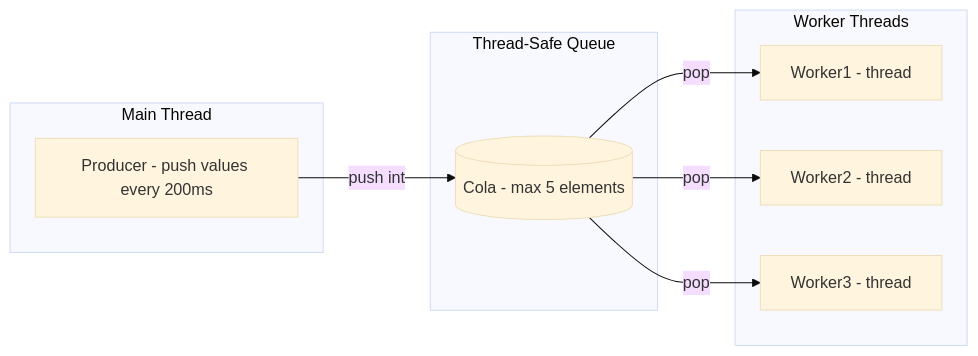
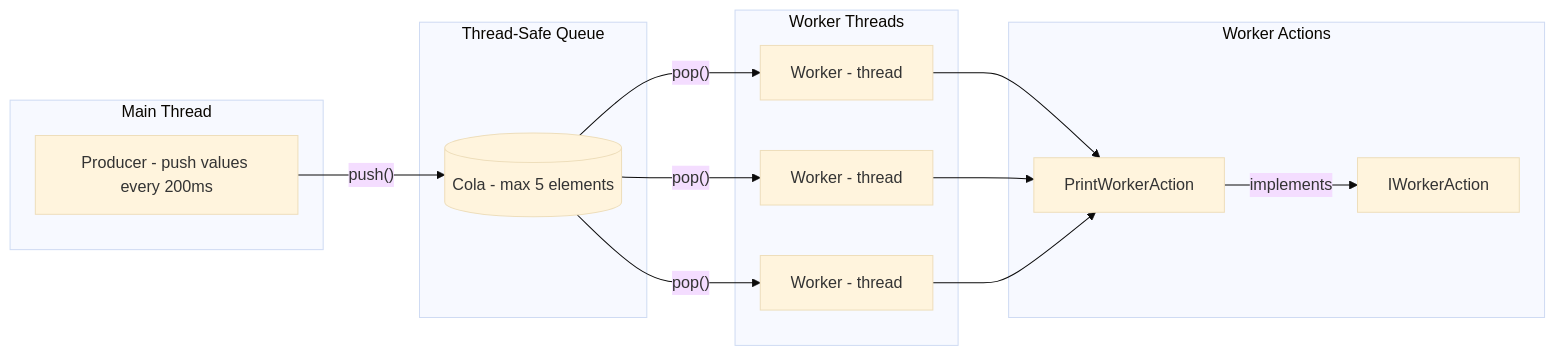
The first of 2 diagrams in README.md (sergioguerreroblanco-oss/cola-worker-test), drawn with Mermaid (base theme) before and after one commit. The commit also changed other lines of this file and 4 other files, not shown here.

````diff
--- a/README.md
+++ b/README.md
@@ -31,22 +29,33 @@
 ```mermaid
 flowchart LR
     subgraph Main [Main Thread]
         P[Producer - push values every 200ms]
     end
 
     subgraph Cola [Thread-Safe Queue]
-        Q[(Cola - max 5 elements)]
+        Q[(Cola<T> - max 5 elements)]
     end
 
     subgraph Workers [Worker Threads]
-        W1[Worker1 - thread]
-        W2[Worker2 - thread]
-        W3[Worker3 - thread]
+        W1[Worker<T> - thread]
+        W2[Worker<T> - thread]
+        W3[Worker<T> - thread]
     end
 
-    P -->|push int| Q
-    Q -->|pop| W1
-    Q -->|pop| W2
-    Q -->|pop| W3
+    subgraph Actions [Worker Actions]
+        A1[IWorkerAction<T>]
+        A2[PrintWorkerAction<T>]
+    end
+
+    P -->|"push()"| Q
+    Q -->|"pop()"| W1
+    Q -->|"pop()"| W2
+    Q -->|"pop()"| W3
+
+    W1 --> A2
+    W2 --> A2
+    W3 --> A2
+    A2 -->|implements| A1
+
 
 ```
````
